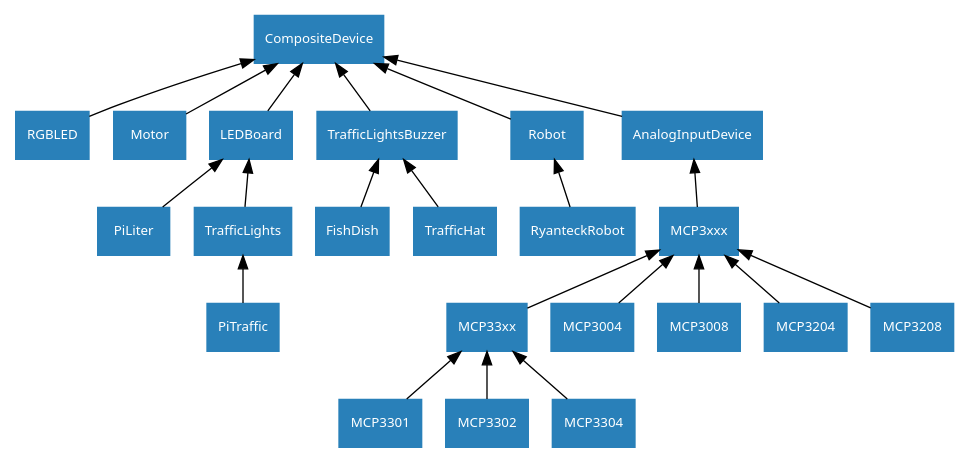
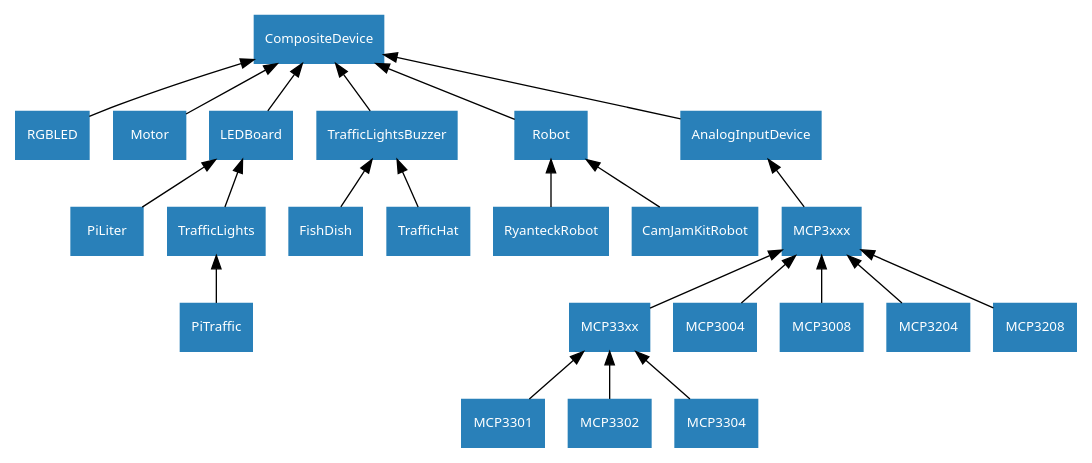
The diagram in docs/images/composite_device_hierarchy.dot (gpiozero/gpiozero), drawn with Graphviz before and after one commit. The commit also changed 5 other files, not shown here.

```diff
--- a/docs/images/composite_device_hierarchy.dot
+++ b/docs/images/composite_device_hierarchy.dot
@@ -1,32 +1,33 @@
 /* vim: set et sw=4 sts=4: */
 
 digraph classes {
     graph [rankdir=BT];
     node [shape=rect, style=filled, color="#2980b9", fontname=Sans, fontcolor="#ffffff", fontsize=10];
     edge [];
 
     AnalogInputDevice->CompositeDevice;
     MCP3xxx->AnalogInputDevice;
     MCP33xx->MCP3xxx;
     MCP3004->MCP3xxx;
     MCP3008->MCP3xxx;
     MCP3204->MCP3xxx;
     MCP3208->MCP3xxx;
     MCP3301->MCP33xx;
     MCP3302->MCP33xx;
     MCP3304->MCP33xx;
 
     RGBLED->CompositeDevice;
     Motor->CompositeDevice;
     LEDBoard->CompositeDevice;
     PiLiter->LEDBoard;
     TrafficLights->LEDBoard;
     PiTraffic->TrafficLights;
 
     TrafficLightsBuzzer->CompositeDevice;
     FishDish->TrafficLightsBuzzer;
     TrafficHat->TrafficLightsBuzzer;
 
     Robot->CompositeDevice;
     RyanteckRobot->Robot;
+    CamJamKitRobot->Robot;
 }
```
